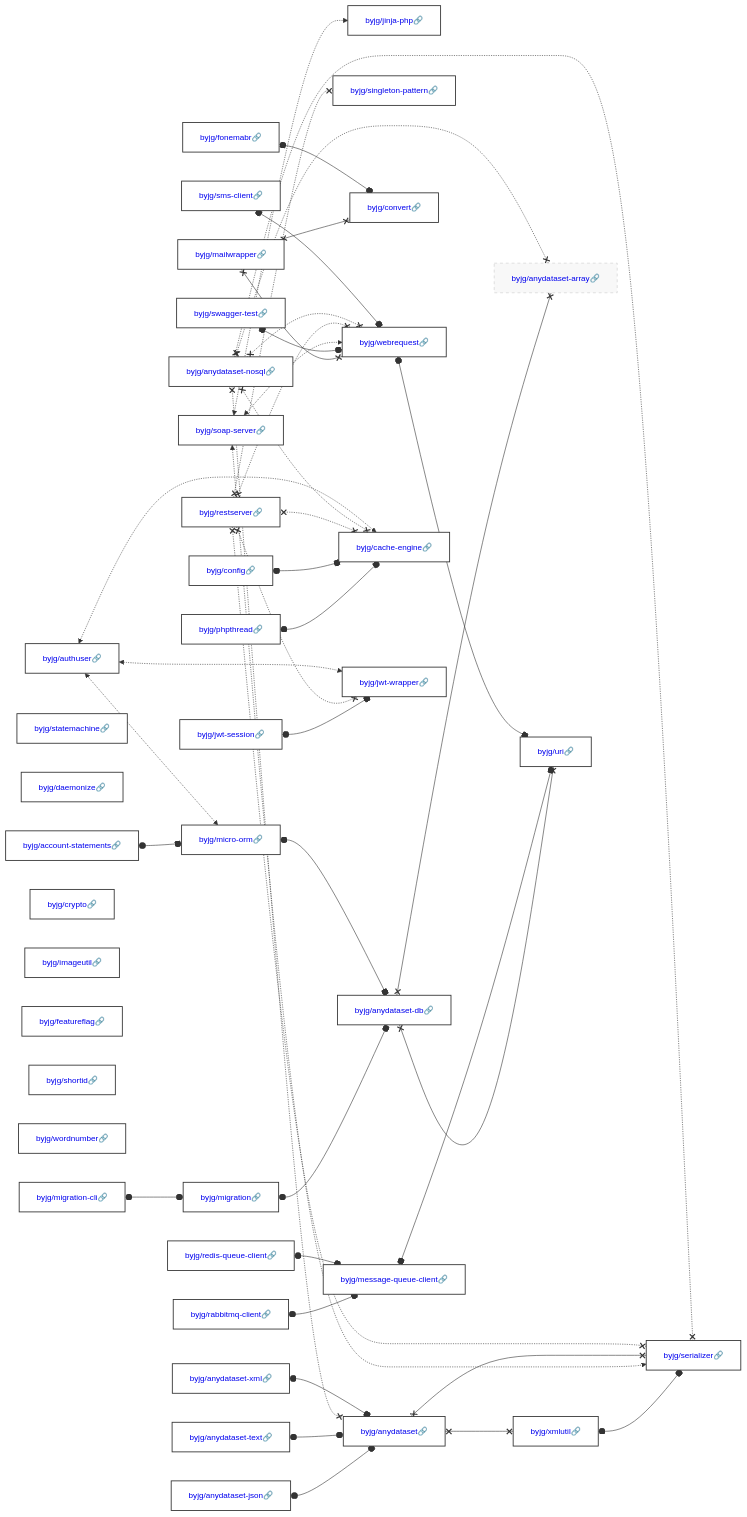
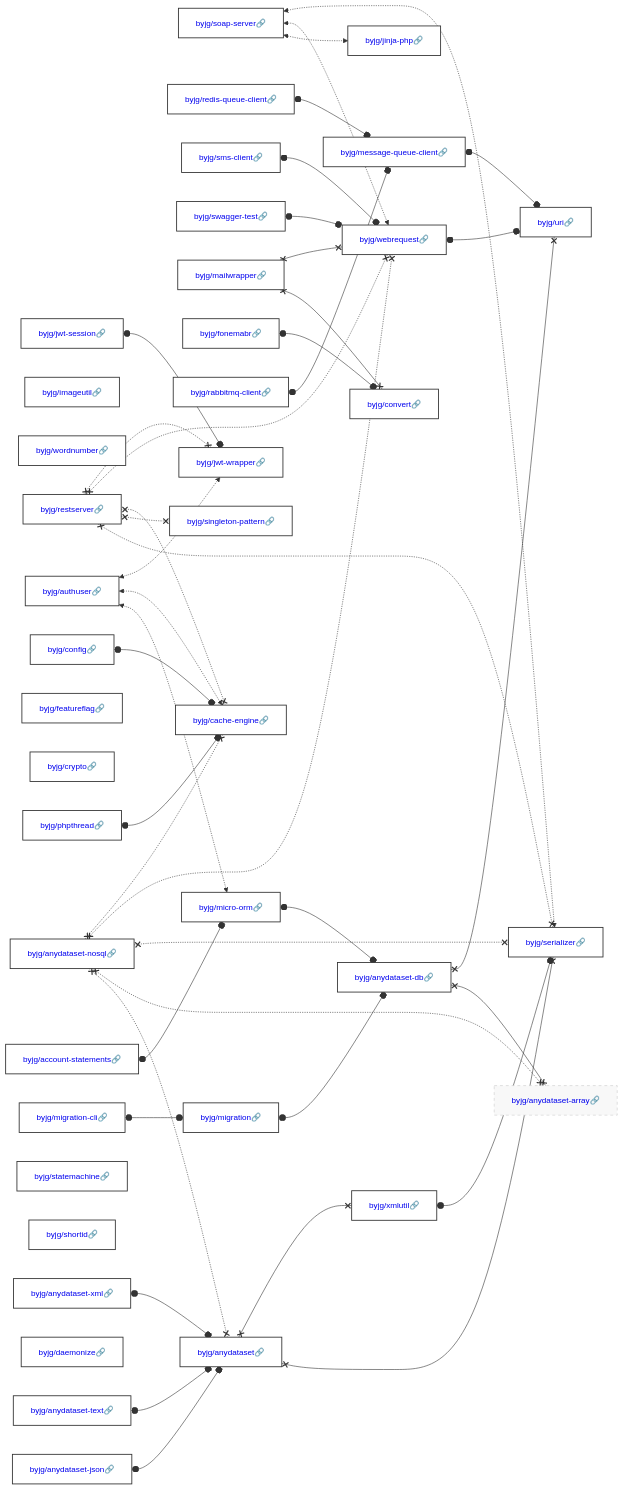
The diagram in docs/php/README.md (byjg/byjg.github.io), drawn with Mermaid before and after one commit. The commit also changed other lines of this file and 7 other files, not shown here.

````diff
--- a/docs/php/README.md
+++ b/docs/php/README.md
@@ -3,40 +3,40 @@
 ```mermaid
 graph LR;
-  byjg/rabbitmq-client[<a href='https://opensource.byjg.com/docs/php/rabbitmq-client' style='text-decoration:none'>byjg/rabbitmq-client🔗</a>];
-  byjg/migration-cli[<a href='https://opensource.byjg.com/docs/php/migration-cli' style='text-decoration:none'>byjg/migration-cli🔗</a>];
-  byjg/anydataset-xml[<a href='https://opensource.byjg.com/docs/php/anydataset-xml' style='text-decoration:none'>byjg/anydataset-xml🔗</a>];
   byjg/config[<a href='https://opensource.byjg.com/docs/php/config' style='text-decoration:none'>byjg/config🔗</a>];
-  byjg/statemachine[<a href='https://opensource.byjg.com/docs/php/statemachine' style='text-decoration:none'>byjg/statemachine🔗</a>];
-  byjg/daemonize[<a href='https://opensource.byjg.com/docs/php/daemonize' style='text-decoration:none'>byjg/daemonize🔗</a>];
-  byjg/anydataset-text[<a href='https://opensource.byjg.com/docs/php/anydataset-text' style='text-decoration:none'>byjg/anydataset-text🔗</a>];
+  byjg/imageutil[<a href='https://opensource.byjg.com/docs/php/imageutil' style='text-decoration:none'>byjg/imageutil🔗</a>];
+  byjg/wordnumber[<a href='https://opensource.byjg.com/docs/php/wordnumber' style='text-decoration:none'>byjg/wordnumber🔗</a>];
   byjg/jwt-session[<a href='https://opensource.byjg.com/docs/php/jwt-session' style='text-decoration:none'>byjg/jwt-session🔗</a>];
   byjg/soap-server[<a href='https://opensource.byjg.com/docs/php/soap-server' style='text-decoration:none'>byjg/soap-server🔗</a>];
-  byjg/account-statements[<a href='https://opensource.byjg.com/docs/php/account-statements' style='text-decoration:none'>byjg/account-statements🔗</a>];
-  byjg/anydataset-nosql[<a href='https://opensource.byjg.com/docs/php/anydataset-nosql' style='text-decoration:none'>byjg/anydataset-nosql🔗</a>];
-  byjg/swagger-test[<a href='https://opensource.byjg.com/docs/php/swagger-test' style='text-decoration:none'>byjg/swagger-test🔗</a>];
   byjg/redis-queue-client[<a href='https://opensource.byjg.com/docs/php/redis-queue-client' style='text-decoration:none'>byjg/redis-queue-client🔗</a>];
   byjg/sms-client[<a href='https://opensource.byjg.com/docs/php/sms-client' style='text-decoration:none'>byjg/sms-client🔗</a>];
+  byjg/anydataset-json[<a href='https://opensource.byjg.com/docs/php/anydataset-json' style='text-decoration:none'>byjg/anydataset-json🔗</a>];
+  byjg/anydataset-xml[<a href='https://opensource.byjg.com/docs/php/anydataset-xml' style='text-decoration:none'>byjg/anydataset-xml🔗</a>];
+  byjg/featureflag[<a href='https://opensource.byjg.com/docs/php/featureflag' style='text-decoration:none'>byjg/featureflag🔗</a>];
   byjg/crypto[<a href='https://opensource.byjg.com/docs/php/crypto' style='text-decoration:none'>byjg/crypto🔗</a>];
-  byjg/imageutil[<a href='https://opensource.byjg.com/docs/php/imageutil' style='text-decoration:none'>byjg/imageutil🔗</a>];
+  byjg/anydataset-nosql[<a href='https://opensource.byjg.com/docs/php/anydataset-nosql' style='text-decoration:none'>byjg/anydataset-nosql🔗</a>];
+  byjg/restserver[<a href='https://opensource.byjg.com/docs/php/restserver' style='text-decoration:none'>byjg/restserver🔗</a>];
+  byjg/authuser[<a href='https://opensource.byjg.com/docs/php/authuser' style='text-decoration:none'>byjg/authuser🔗</a>];
+  byjg/anydataset-text[<a href='https://opensource.byjg.com/docs/php/anydataset-text' style='text-decoration:none'>byjg/anydataset-text🔗</a>];
+  byjg/swagger-test[<a href='https://opensource.byjg.com/docs/php/swagger-test' style='text-decoration:none'>byjg/swagger-test🔗</a>];
+  byjg/mailwrapper[<a href='https://opensource.byjg.com/docs/php/mailwrapper' style='text-decoration:none'>byjg/mailwrapper🔗</a>];
   byjg/fonemabr[<a href='https://opensource.byjg.com/docs/php/fonemabr' style='text-decoration:none'>byjg/fonemabr🔗</a>];
-  byjg/restserver[<a href='https://opensource.byjg.com/docs/php/restserver' style='text-decoration:none'>byjg/restserver🔗</a>];
-  byjg/anydataset-json[<a href='https://opensource.byjg.com/docs/php/anydataset-json' style='text-decoration:none'>byjg/anydataset-json🔗</a>];
+  byjg/statemachine[<a href='https://opensource.byjg.com/docs/php/statemachine' style='text-decoration:none'>byjg/statemachine🔗</a>];
+  byjg/shortid[<a href='https://opensource.byjg.com/docs/php/shortid' style='text-decoration:none'>byjg/shortid🔗</a>];
+  byjg/migration-cli[<a href='https://opensource.byjg.com/docs/php/migration-cli' style='text-decoration:none'>byjg/migration-cli🔗</a>];
+  byjg/rabbitmq-client[<a href='https://opensource.byjg.com/docs/php/rabbitmq-client' style='text-decoration:none'>byjg/rabbitmq-client🔗</a>];
+  byjg/daemonize[<a href='https://opensource.byjg.com/docs/php/daemonize' style='text-decoration:none'>byjg/daemonize🔗</a>];
   byjg/phpthread[<a href='https://opensource.byjg.com/docs/php/phpthread' style='text-decoration:none'>byjg/phpthread🔗</a>];
-  byjg/featureflag[<a href='https://opensource.byjg.com/docs/php/featureflag' style='text-decoration:none'>byjg/featureflag🔗</a>];
-  byjg/shortid[<a href='https://opensource.byjg.com/docs/php/shortid' style='text-decoration:none'>byjg/shortid🔗</a>];
-  byjg/mailwrapper[<a href='https://opensource.byjg.com/docs/php/mailwrapper' style='text-decoration:none'>byjg/mailwrapper🔗</a>];
-  byjg/wordnumber[<a href='https://opensource.byjg.com/docs/php/wordnumber' style='text-decoration:none'>byjg/wordnumber🔗</a>];
-  byjg/authuser[<a href='https://opensource.byjg.com/docs/php/authuser' style='text-decoration:none'>byjg/authuser🔗</a>];
+  byjg/account-statements[<a href='https://opensource.byjg.com/docs/php/account-statements' style='text-decoration:none'>byjg/account-statements🔗</a>];
+  byjg/jinja-php[<a href='https://opensource.byjg.com/docs/php/jinja-php' style='text-decoration:none'>byjg/jinja-php🔗</a>];
+  byjg/singleton-pattern[<a href='https://opensource.byjg.com/docs/php/singleton-pattern' style='text-decoration:none'>byjg/singleton-pattern🔗</a>];
+  byjg/jwt-wrapper[<a href='https://opensource.byjg.com/docs/php/jwt-wrapper' style='text-decoration:none'>byjg/jwt-wrapper🔗</a>];
+  byjg/anydataset[<a href='https://opensource.byjg.com/docs/php/anydataset' style='text-decoration:none'>byjg/anydataset🔗</a>];
+  byjg/webrequest[<a href='https://opensource.byjg.com/docs/php/webrequest' style='text-decoration:none'>byjg/webrequest🔗</a>];
+  byjg/convert[<a href='https://opensource.byjg.com/docs/php/convert' style='text-decoration:none'>byjg/convert🔗</a>];
   byjg/migration[<a href='https://opensource.byjg.com/docs/php/migration' style='text-decoration:none'>byjg/migration🔗</a>];
-  byjg/jinja-php[<a href='https://opensource.byjg.com/docs/php/jinja-php' style='text-decoration:none'>byjg/jinja-php🔗</a>];
   byjg/message-queue-client[<a href='https://opensource.byjg.com/docs/php/message-queue-client' style='text-decoration:none'>byjg/message-queue-client🔗</a>];
-  byjg/singleton-pattern[<a href='https://opensource.byjg.com/docs/php/singleton-pattern' style='text-decoration:none'>byjg/singleton-pattern🔗</a>];
-  byjg/anydataset[<a href='https://opensource.byjg.com/docs/php/anydataset' style='text-decoration:none'>byjg/anydataset🔗</a>];
-  byjg/convert[<a href='https://opensource.byjg.com/docs/php/convert' style='text-decoration:none'>byjg/convert🔗</a>];
-  byjg/webrequest[<a href='https://opensource.byjg.com/docs/php/webrequest' style='text-decoration:none'>byjg/webrequest🔗</a>];
+  byjg/cache-engine[<a href='https://opensource.byjg.com/docs/php/cache-engine' style='text-decoration:none'>byjg/cache-engine🔗</a>];
   byjg/micro-orm[<a href='https://opensource.byjg.com/docs/php/micro-orm' style='text-decoration:none'>byjg/micro-orm🔗</a>];
-  byjg/cache-engine[<a href='https://opensource.byjg.com/docs/php/cache-engine' style='text-decoration:none'>byjg/cache-engine🔗</a>];
-  byjg/jwt-wrapper[<a href='https://opensource.byjg.com/docs/php/jwt-wrapper' style='text-decoration:none'>byjg/jwt-wrapper🔗</a>];
   byjg/xmlutil[<a href='https://opensource.byjg.com/docs/php/xmlutil' style='text-decoration:none'>byjg/xmlutil🔗</a>];
   byjg/anydataset-db[<a href='https://opensource.byjg.com/docs/php/anydataset-db' style='text-decoration:none'>byjg/anydataset-db🔗</a>];
   byjg/serializer[<a href='https://opensource.byjg.com/docs/php/serializer' style='text-decoration:none'>byjg/serializer🔗</a>];
````
